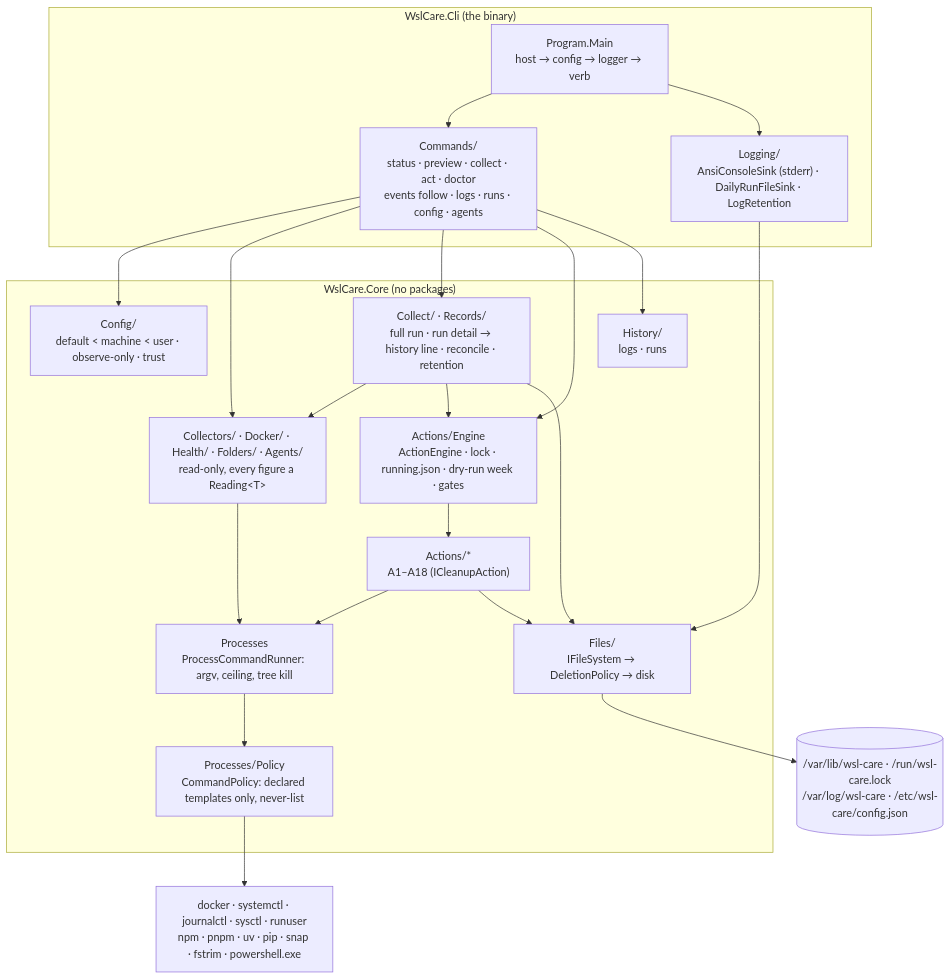
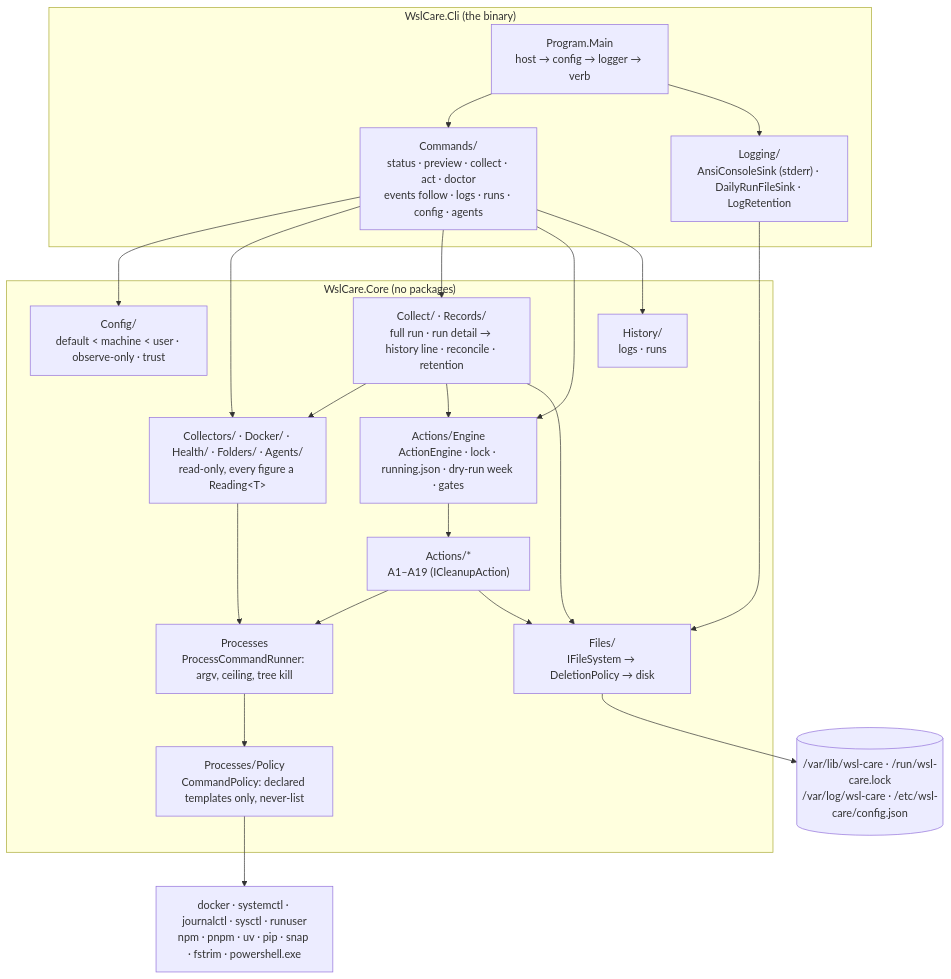
One commit to oleksandrdubyna88/wsl_care changed the first of 2 diagrams in research/module_daemon.md. Above: the diagram before and after it, drawn with Mermaid. The commit also changed 30 other files, not shown here.

````diff
--- a/research/module_daemon.md
+++ b/research/module_daemon.md
@@ -19,40 +19,40 @@
 ```mermaid
 flowchart TB
     subgraph CLI["WslCare.Cli (the binary)"]
         program["Program.Main<br/>host → config → logger → verb"]
         verbs["Commands/<br/>status · preview · collect · act · doctor<br/>events follow · logs · runs · config · agents"]
         logging["Logging/<br/>AnsiConsoleSink (stderr) · DailyRunFileSink · LogRetention"]
     end
     subgraph Core["WslCare.Core (no packages)"]
         config["Config/<br/>default < machine < user · observe-only · trust"]
         collectors["Collectors/ · Docker/ · Health/ · Folders/ · Agents/<br/>read-only, every figure a Reading&lt;T&gt;"]
         collect["Collect/ · Records/<br/>full run · run detail → history line · reconcile · retention"]
         engine["Actions/Engine<br/>ActionEngine · lock · running.json · dry-run week · gates"]
-        actions["Actions/*<br/>A1–A18 (ICleanupAction)"]
+        actions["Actions/*<br/>A1–A19 (ICleanupAction)"]
         policy["Processes/Policy<br/>CommandPolicy: declared templates only, never-list"]
         runner["Processes<br/>ProcessCommandRunner: argv, ceiling, tree kill"]
         files["Files/<br/>IFileSystem → DeletionPolicy → disk"]
         history["History/<br/>logs · runs"]
     end
     tools["docker · systemctl · journalctl · sysctl · runuser<br/>npm · pnpm · uv · pip · snap · fstrim · powershell.exe"]
     state[("/var/lib/wsl-care · /run/wsl-care.lock<br/>/var/log/wsl-care · /etc/wsl-care/config.json")]
 
     program --> verbs
     program --> logging
     verbs --> config
     verbs --> collectors
     verbs --> collect
     verbs --> engine
     verbs --> history
     collect --> collectors
     collect --> engine
     engine --> actions
     actions --> runner
     collectors --> runner
     runner --> policy
     policy --> tools
     actions --> files
     collect --> files
     files --> state
     logging --> files
 ```
````
